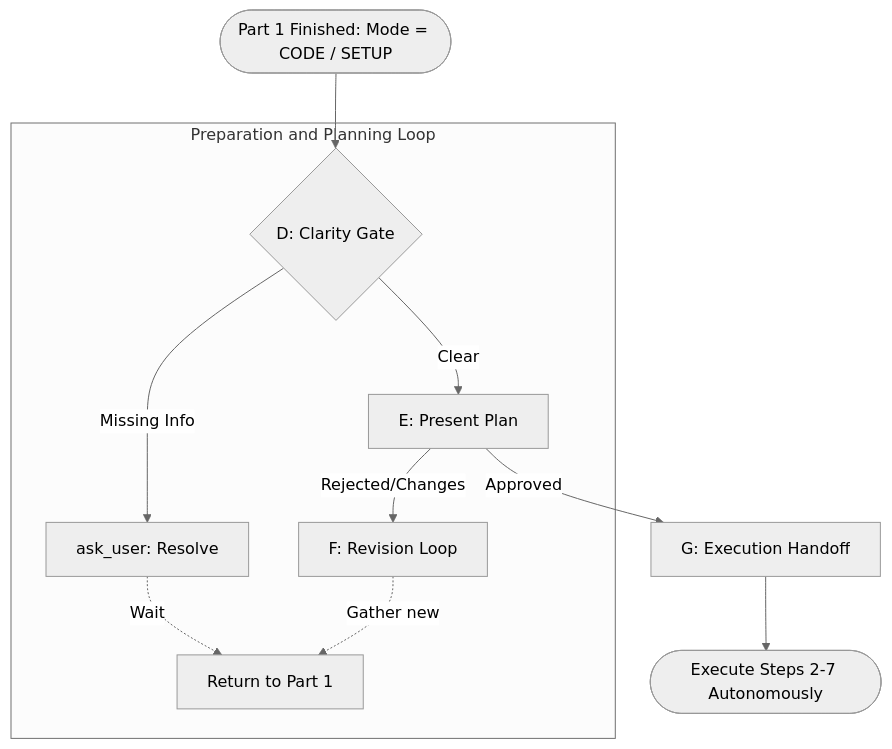
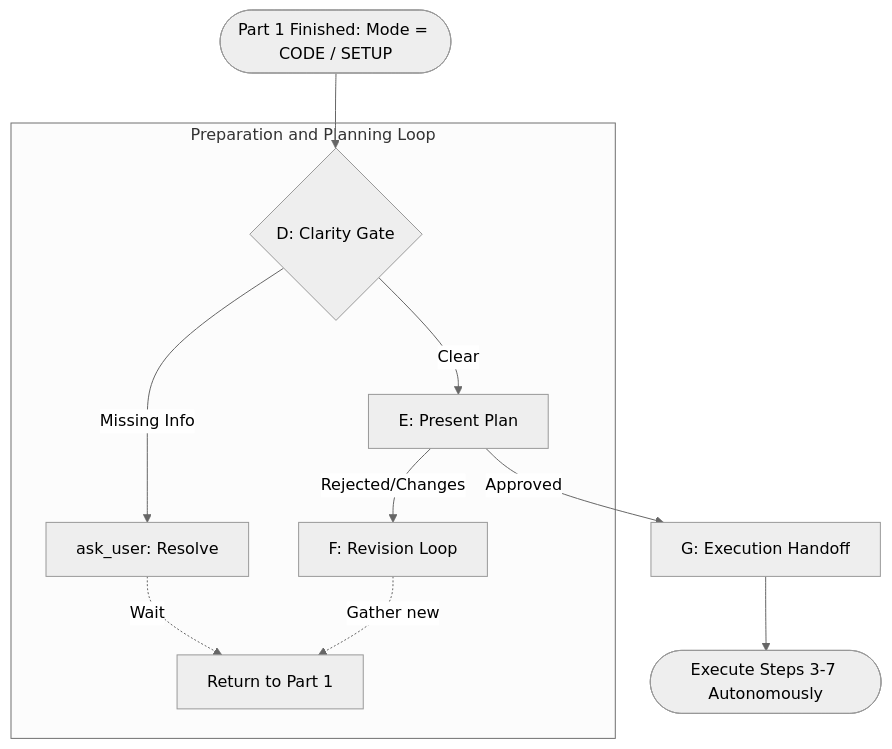
One commit to WavJaby/ultimate-junie-guideline-configurator changed the diagram in src/rules/workflow.md. Above: the diagram before and after it, drawn with Mermaid (neutral theme). The commit also changed other lines of this file and 1 other file, not shown here.

````diff
--- a/src/rules/workflow.md
+++ b/src/rules/workflow.md
@@ -28,14 +29,14 @@
 ```mermaid
 graph TD
     Start([Part 1 Finished: Mode = CODE / SETUP]) --> PhaseD
     subgraph PrepLoop [Preparation and Planning Loop]
         PhaseD{D: Clarity Gate}
         PhaseD -- Missing Info --> AskGate[ask_user: Resolve]
         AskGate -. Wait .-> PhaseA[Return to Part 1]
         PhaseD -- Clear --> PhaseE[E: Present Plan]
         PhaseE -- Rejected/Changes --> Revise[F: Revision Loop]
         Revise -. Gather new .-> PhaseA
     end
     PhaseE -- Approved --> PhaseG[G: Execution Handoff]
-    PhaseG --> Exec([Execute Steps 2-7 Autonomously])
+    PhaseG --> Exec([Execute Steps 3-7 Autonomously])
 ```
````
